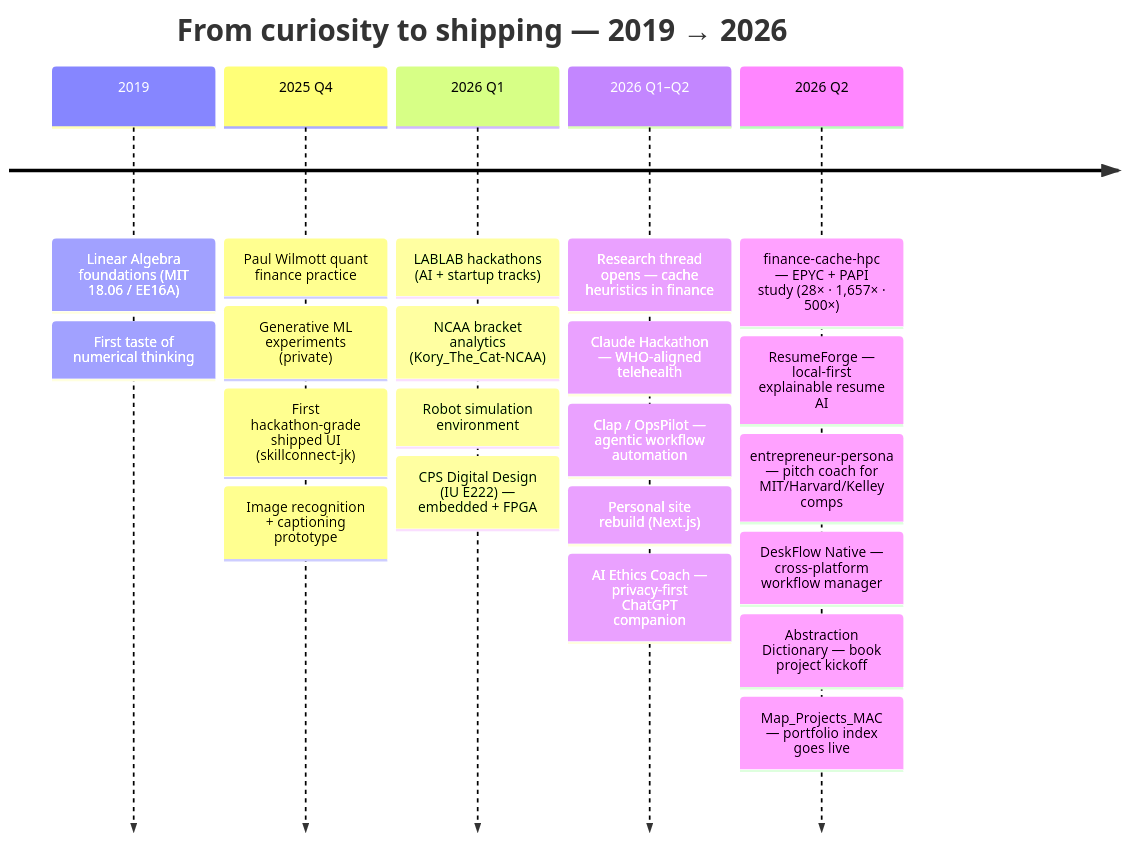
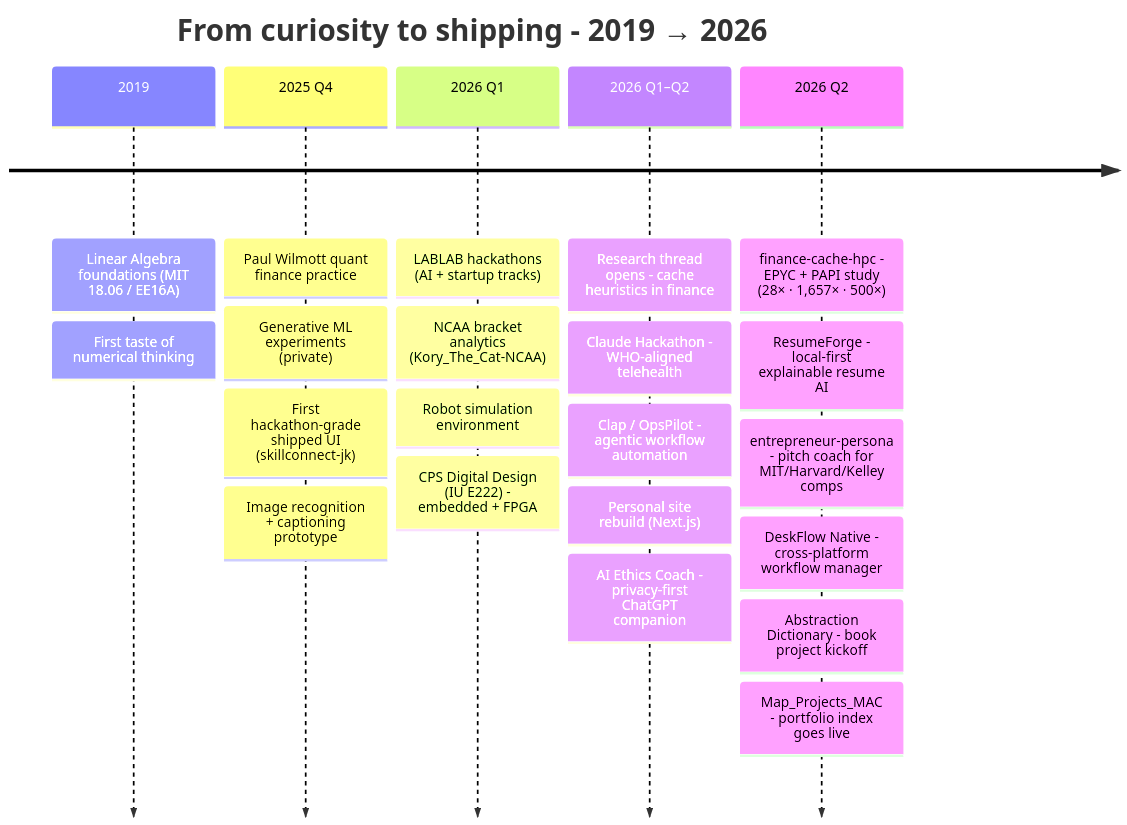
Before and after one commit to pbathuri/pbathuri: the diagram in README.md, drawn with Mermaid. The commit also changed other lines of this file, not shown here.

````diff
--- a/README.md
+++ b/README.md
@@ -99,25 +99,25 @@
 ```mermaid
 timeline
-    title From curiosity to shipping — 2019 → 2026
+    title From curiosity to shipping - 2019 → 2026
     2019 : Linear Algebra foundations (MIT 18.06 / EE16A)
          : First taste of numerical thinking
     2025 Q4 : Paul Wilmott quant finance practice
             : Generative ML experiments (private)
             : First hackathon-grade shipped UI (skillconnect-jk)
             : Image recognition + captioning prototype
     2026 Q1 : LABLAB hackathons (AI + startup tracks)
             : NCAA bracket analytics (Kory_The_Cat-NCAA)
             : Robot simulation environment
-            : CPS Digital Design (IU E222) — embedded + FPGA
-    2026 Q1–Q2 : Research thread opens — cache heuristics in finance
-               : Claude Hackathon — WHO-aligned telehealth
-               : Clap / OpsPilot — agentic workflow automation
+            : CPS Digital Design (IU E222) - embedded + FPGA
+    2026 Q1–Q2 : Research thread opens - cache heuristics in finance
+               : Claude Hackathon - WHO-aligned telehealth
+               : Clap / OpsPilot - agentic workflow automation
                : Personal site rebuild (Next.js)
-               : AI Ethics Coach — privacy-first ChatGPT companion
-    2026 Q2 : finance-cache-hpc — EPYC + PAPI study (28× · 1,657× · 500×)
-            : ResumeForge — local-first explainable resume AI
-            : entrepreneur-persona — pitch coach for MIT/Harvard/Kelley comps
-            : DeskFlow Native — cross-platform workflow manager
-            : Abstraction Dictionary — book project kickoff
-            : Map_Projects_MAC — portfolio index goes live
+               : AI Ethics Coach - privacy-first ChatGPT companion
+    2026 Q2 : finance-cache-hpc - EPYC + PAPI study (28× · 1,657× · 500×)
+            : ResumeForge - local-first explainable resume AI
+            : entrepreneur-persona - pitch coach for MIT/Harvard/Kelley comps
+            : DeskFlow Native - cross-platform workflow manager
+            : Abstraction Dictionary - book project kickoff
+            : Map_Projects_MAC - portfolio index goes live
 ```
````
